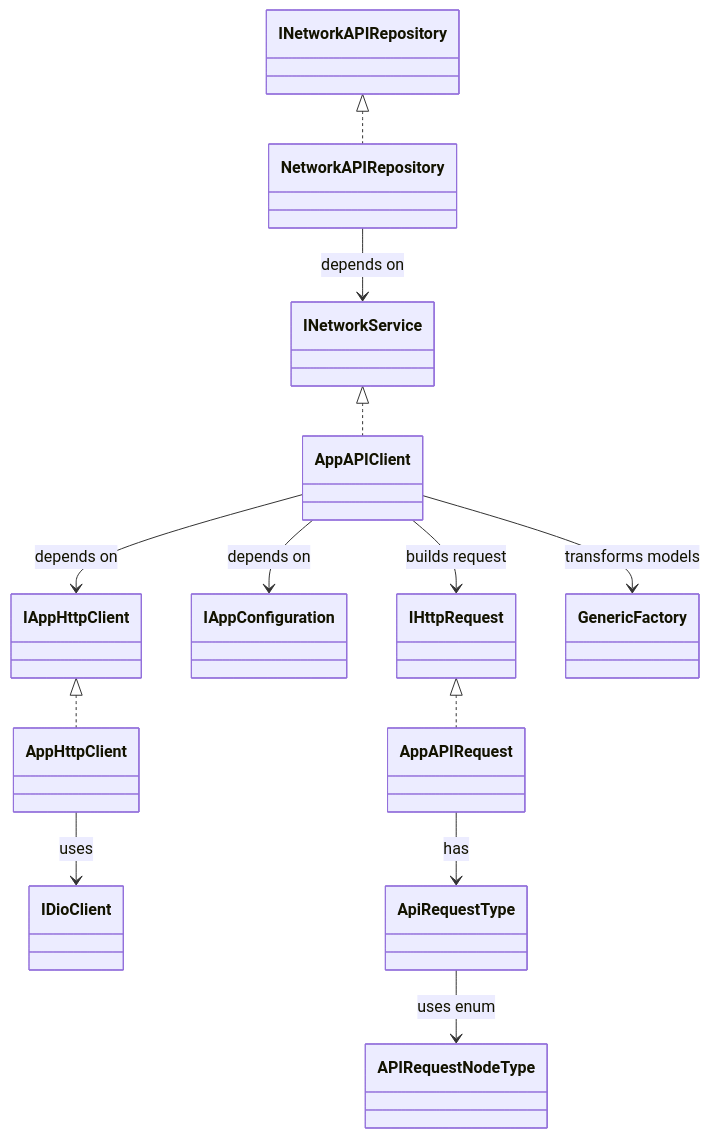
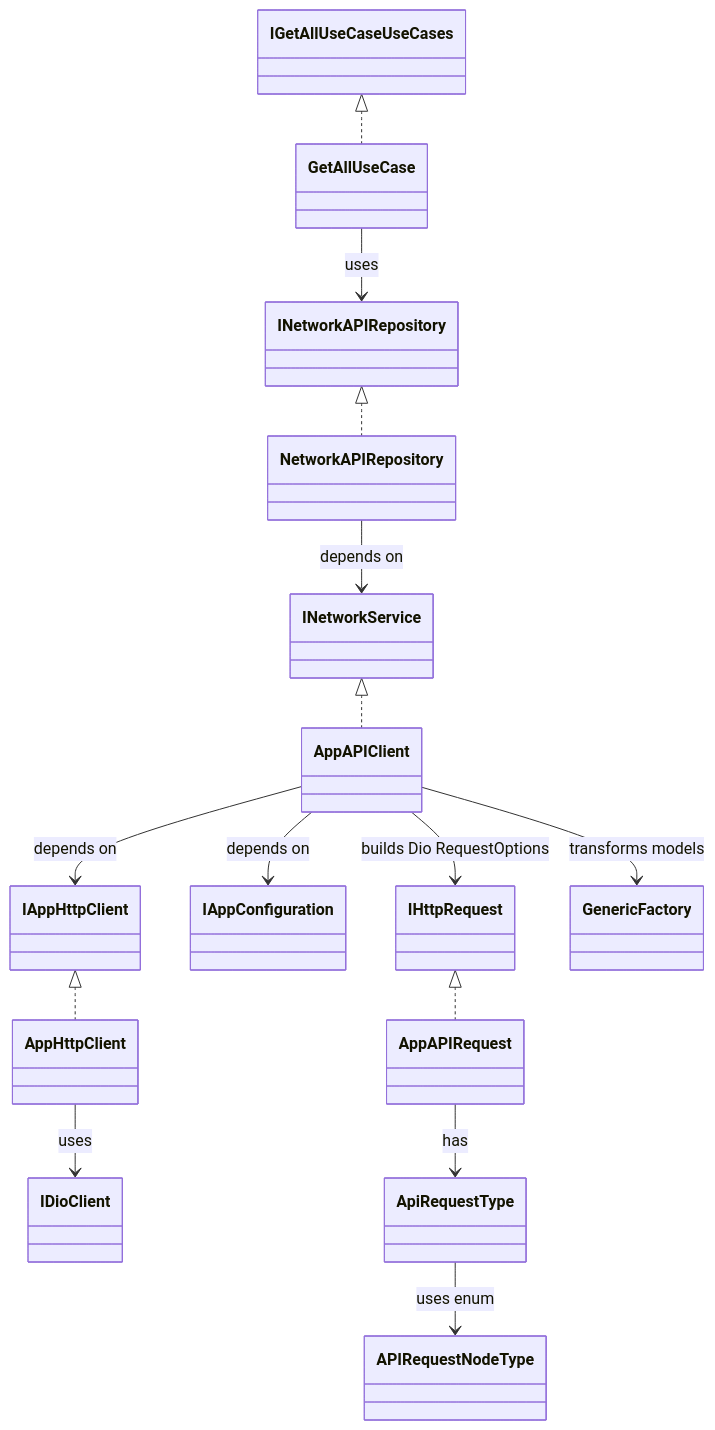
The diagram in README.md (aseemaggarwal89/resuable_network_layer), drawn with Mermaid before and after one commit. The commit also changed other lines of this file, not shown here.

````diff
--- a/README.md
+++ b/README.md
@@ -107,15 +169,17 @@
 ```mermaid
 classDiagram
     INetworkAPIRepository <|.. NetworkAPIRepository
     NetworkAPIRepository --> INetworkService : depends on
     INetworkService <|.. AppAPIClient
     AppAPIClient --> IAppHttpClient : depends on
     AppAPIClient --> IAppConfiguration : depends on
     IAppHttpClient <|.. AppHttpClient
     AppHttpClient --> IDioClient : uses
-    AppAPIClient --> IHttpRequest : builds request
+    AppAPIClient --> IHttpRequest : builds Dio RequestOptions
     IHttpRequest <|.. AppAPIRequest
     AppAPIRequest --> ApiRequestType : has
     ApiRequestType --> APIRequestNodeType : uses enum
     AppAPIClient --> GenericFactory : transforms models
+    IGetAllUseCaseUseCases <|.. GetAllUseCase
+    GetAllUseCase --> INetworkAPIRepository : uses
 ```
````
